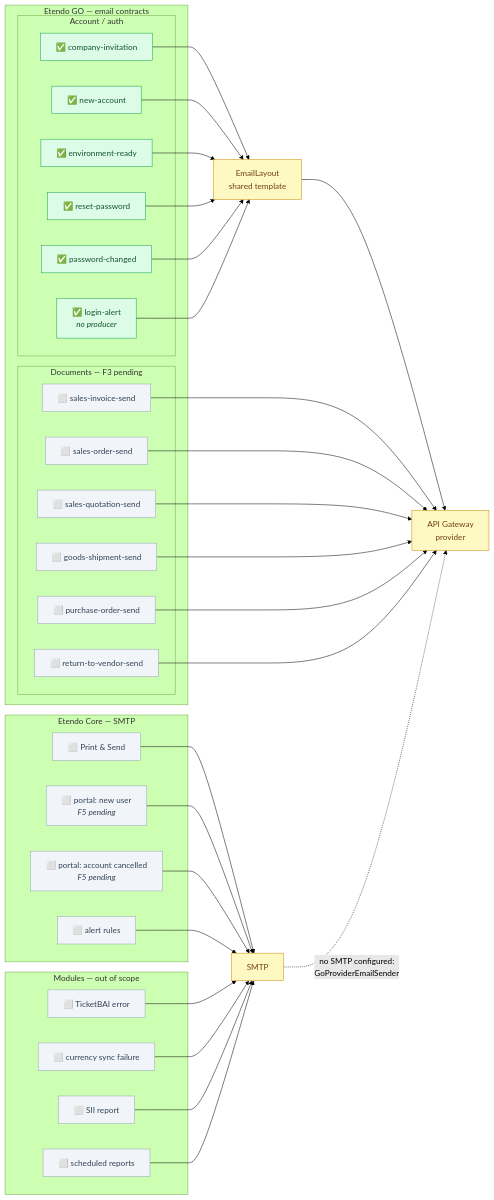
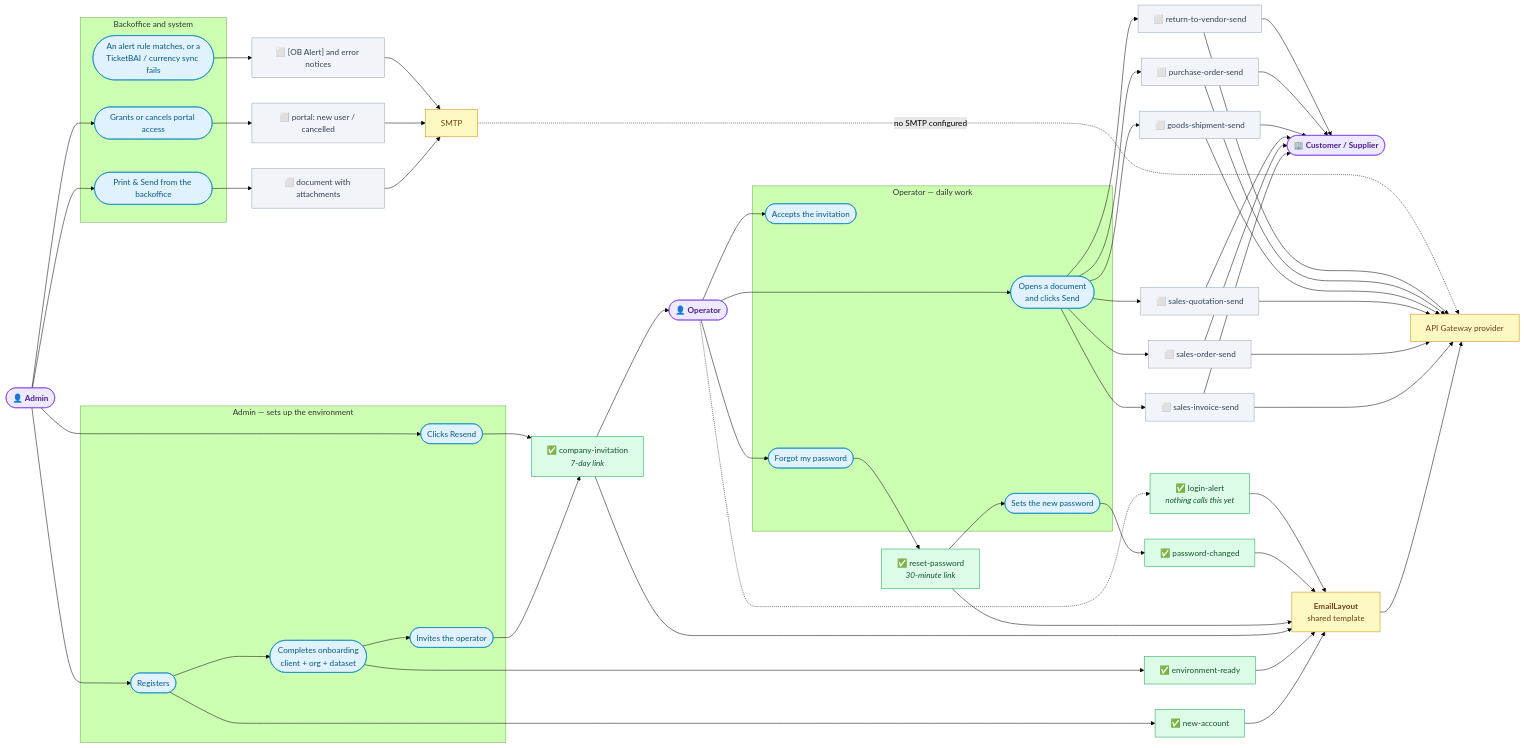
One commit to etendosoftware/etendo_schema_forge changed the diagram in docs/email-inventory.md. Above: the diagram before and after it, drawn with Mermaid (forest theme). The commit also changed other lines of this file and 1 other file, not shown here.

Commit message:
Feature ETP-5003: Merge the email maps into one role-based graph
One graph replaces the two: the Admin sets up the environment and invites the
Operator, the Operator works and sends documents out to a Customer or Supplier,
and each action points at the email it produces and whether that email is
migrated yet.

Drawn this way the gap reads immediately — the people inside the company already
receive the shared design while the customer or supplier, who sees the invoice,
still gets the oldest-looking email in the product.

Checks: npm, testid, tests, regen, xml, pw-mocked, pw-integration
Hooks-Verified: v2 9ac21a48 ff9103629584 147b9c5a24ec

````diff
--- a/docs/email-inventory.md
+++ b/docs/email-inventory.md
@@ -19,72 +19,79 @@
 ```mermaid
 graph LR
-  subgraph GO["Etendo GO — email contracts"]
-    subgraph ACCOUNT["Account / auth"]
-      A1["✅ company-invitation"]
-      A2["✅ new-account"]
-      A3["✅ environment-ready"]
-      A4["✅ reset-password"]
-      A5["✅ password-changed"]
-      A6["✅ login-alert<br/><i>no producer</i>"]
-    end
-    subgraph DOCS["Documents — F3 pending"]
-      D1["⬜ sales-invoice-send"]
-      D2["⬜ sales-order-send"]
-      D3["⬜ sales-quotation-send"]
-      D4["⬜ goods-shipment-send"]
-      D5["⬜ purchase-order-send"]
-      D6["⬜ return-to-vendor-send"]
-    end
+  ADMIN(["👤 <b>Admin</b>"])
+  OPER(["👤 <b>Operator</b>"])
+  PARTY(["🏢 <b>Customer / Supplier</b>"])
+
+  subgraph SETUP["Admin — sets up the environment"]
+    A1(["Registers"])
+    A2(["Completes onboarding<br/>client + org + dataset"])
+    A3(["Invites the operator"])
+    A4(["Clicks Resend"])
   end
 
-  subgraph CORE["Etendo Core — SMTP"]
-    C1["⬜ Print &amp; Send"]
-    C2["⬜ portal: new user<br/><i>F5 pending</i>"]
-    C3["⬜ portal: account cancelled<br/><i>F5 pending</i>"]
-    C4["⬜ alert rules"]
+  subgraph WORK["Operator — daily work"]
+    O1(["Accepts the invitation"])
+    O2(["Forgot my password"])
+    O3(["Sets the new password"])
+    O4(["Opens a document<br/>and clicks Send"])
   end
 
-  subgraph MODULES["Modules — out of scope"]
-    M1["⬜ TicketBAI error"]
-    M2["⬜ currency sync failure"]
-    M3["⬜ SII report"]
-    M4["⬜ scheduled reports"]
+  subgraph SYS["Backoffice and system"]
+    K1(["Print &amp; Send from the backoffice"])
+    K2(["Grants or cancels portal access"])
+    K3(["An alert rule matches, or a<br/>TicketBAI / currency sync fails"])
   end
 
-  LAYOUT["EmailLayout<br/>shared template"]
-  PROVIDER["API Gateway<br/>provider"]
+  M1["✅ new-account"]
+  M2["✅ environment-ready"]
+  M3["✅ company-invitation<br/><i>7-day link</i>"]
+  M4["✅ reset-password<br/><i>30-minute link</i>"]
+  M5["✅ password-changed"]
+  M6["✅ login-alert<br/><i>nothing calls this yet</i>"]
+  D1["⬜ sales-invoice-send"]
+  D2["⬜ sales-order-send"]
+  D3["⬜ sales-quotation-send"]
+  D4["⬜ goods-shipment-send"]
+  D5["⬜ purchase-order-send"]
+  D6["⬜ return-to-vendor-send"]
+  C1["⬜ document with attachments"]
+  C2["⬜ portal: new user / cancelled"]
+  C3["⬜ [OB Alert] and error notices"]
+
+  LAYOUT["<b>EmailLayout</b><br/>shared template"]
+  PROVIDER["API Gateway provider"]
   SMTP["SMTP"]
 
-  A1 --> LAYOUT
-  A2 --> LAYOUT
-  A3 --> LAYOUT
-  A4 --> LAYOUT
-  A5 --> LAYOUT
-  A6 --> LAYOUT
-  LAYOUT --> PROVIDER
+  ADMIN --> A1 --> M1
+  A1 --> A2 --> M2
+  A2 --> A3 --> M3
+  ADMIN --> A4 --> M3
+  M3 --> OPER
 
-  D1 --> PROVIDER
-  D2 --> PROVIDER
-  D3 --> PROVIDER
-  D4 --> PROVIDER
-  D5 --> PROVIDER
-  D6 --> PROVIDER
+  OPER --> O1
+  OPER --> O2 --> M4 --> O3 --> M5
+  OPER -.-> M6
+  OPER --> O4
+  O4 --> D1 & D2 & D3 & D4 & D5 & D6
+  D1 & D2 & D3 & D4 & D5 & D6 --> PARTY
 
-  C1 --> SMTP
-  C2 --> SMTP
-  C3 --> SMTP
-  C4 --> SMTP
-  M1 --> SMTP
-  M2 --> SMTP
-  M3 --> SMTP
-  M4 --> SMTP
+  ADMIN --> K1 --> C1
+  ADMIN --> K2 --> C2
+  K3 --> C3
 
-  SMTP -. "no SMTP configured:<br/>GoProviderEmailSender" .-> PROVIDER
+  M1 & M2 & M3 & M4 & M5 & M6 --> LAYOUT --> PROVIDER
+  D1 & D2 & D3 & D4 & D5 & D6 --> PROVIDER
+  C1 & C2 & C3 --> SMTP
+  SMTP -. "no SMTP configured" .-> PROVIDER
 
   classDef done fill:#dcfce7,stroke:#16a34a,color:#14532d
   classDef todo fill:#f1f5f9,stroke:#94a3b8,color:#334155
+  classDef act fill:#e0f2fe,stroke:#0284c7,color:#075985
+  classDef who fill:#ede9fe,stroke:#7c3aed,color:#4c1d95
   classDef hub fill:#fef9c3,stroke:#ca8a04,color:#713f12
-  class A1,A2,A3,A4,A5,A6 done
-  class D1,D2,D3,D4,D5,D6,C1,C2,C3,C4,M1,M2,M3,M4 todo
+  class M1,M2,M3,M4,M5,M6 done
+  class D1,D2,D3,D4,D5,D6,C1,C2,C3 todo
+  class A1,A2,A3,A4,O1,O2,O3,O4,K1,K2,K3 act
+  class ADMIN,OPER,PARTY who
   class LAYOUT,PROVIDER,SMTP hub
 ```
````
